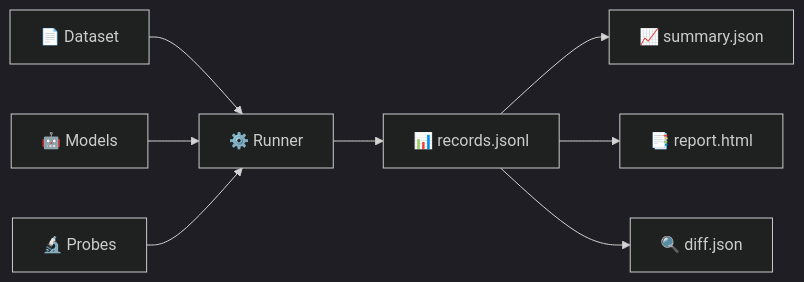
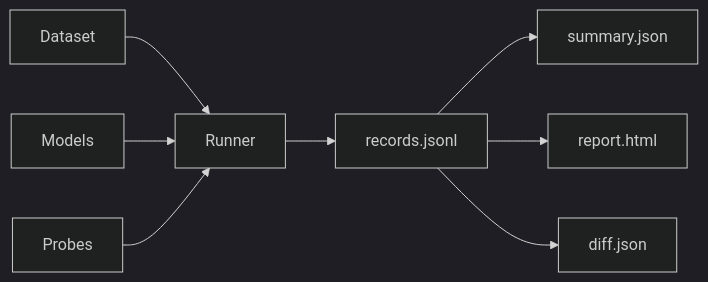
One commit to dr-gareth-roberts/insideLLMs changed the diagram in wiki/index.md. Above: the diagram before and after it, drawn with Mermaid (dark theme). The commit also changed other lines of this file and 30 other files, not shown here.

````diff
--- a/wiki/index.md
+++ b/wiki/index.md
@@ -11,10 +11,10 @@
 ```mermaid
 graph LR
-    Dataset[📄 Dataset] --> Runner[⚙️ Runner]
-    Model[🤖 Models] --> Runner
-    Probe[🔬 Probes] --> Runner
-    Runner --> Records[📊 records.jsonl]
-    Records --> Summary[📈 summary.json]
-    Records --> Report[📑 report.html]
-    Records --> Diff[🔍 diff.json]
+    Dataset[Dataset] --> Runner[Runner]
+    Model[Models] --> Runner
+    Probe[Probes] --> Runner
+    Runner --> Records[records.jsonl]
+    Records --> Summary[summary.json]
+    Records --> Report[report.html]
+    Records --> Diff[diff.json]
 ```
````
